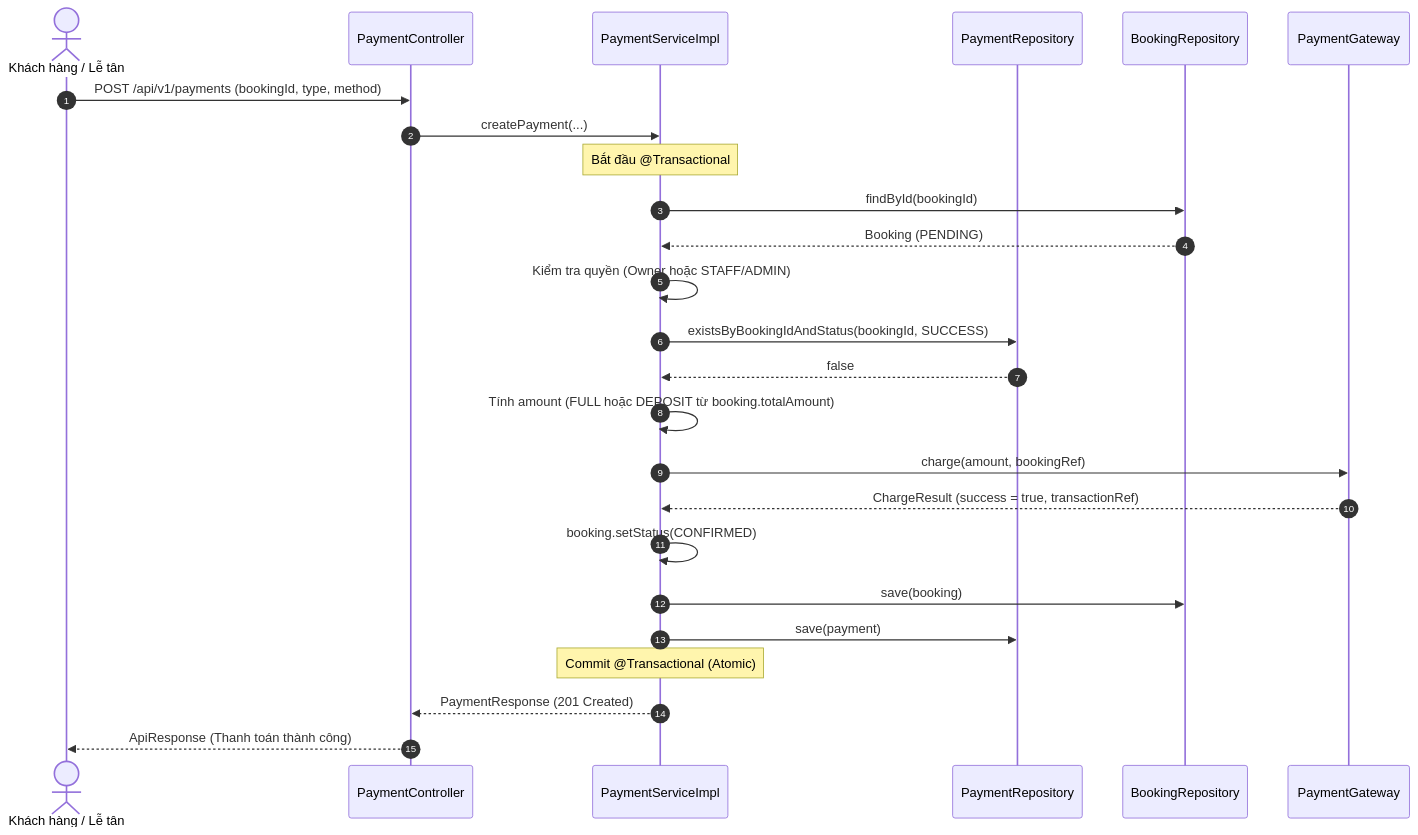
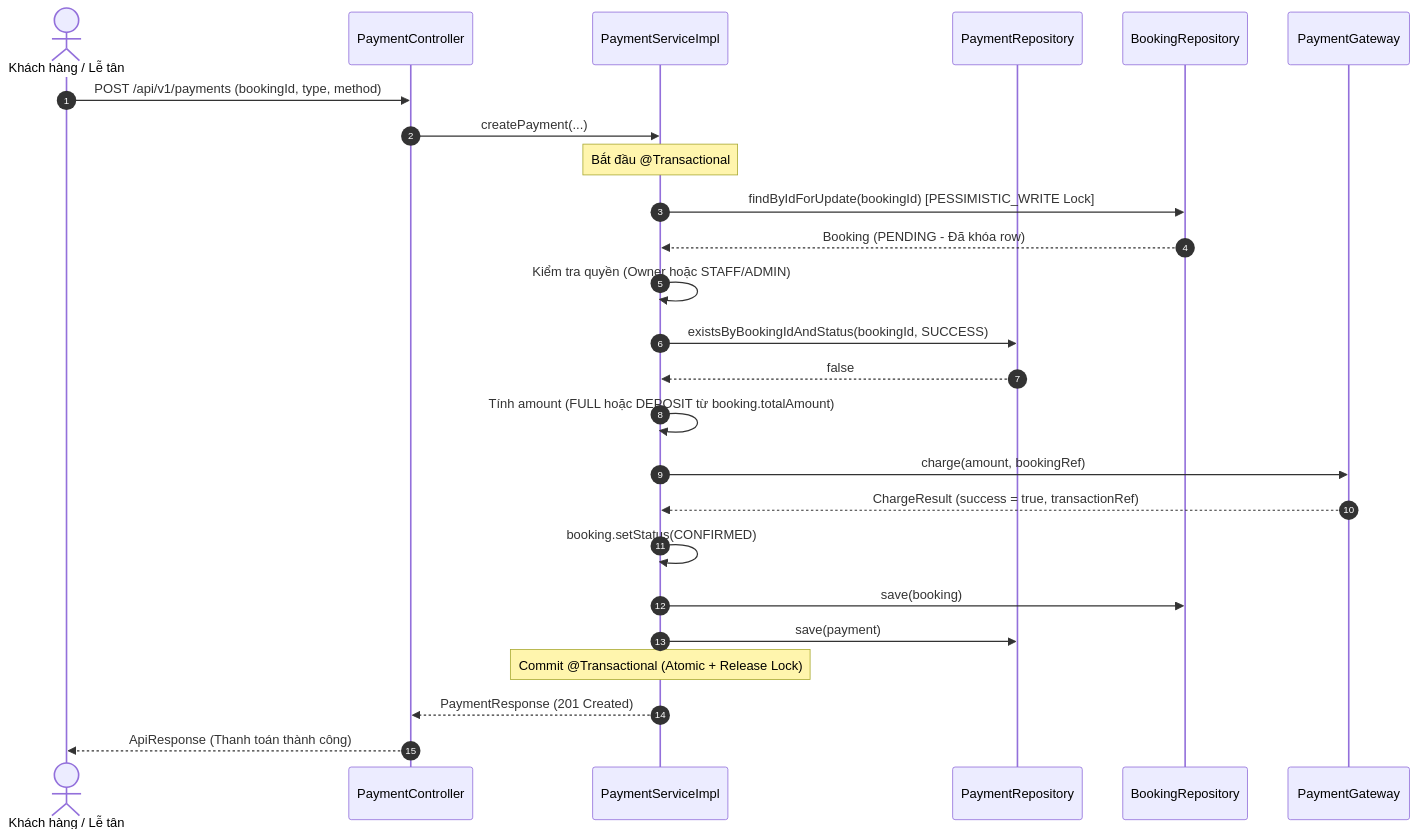
Before and after one commit to nguyenthinh2-VN/QuanLySanCauLong: the diagram in docs/architecture/modules/module-6-payments.md, drawn with Mermaid. The commit also changed other lines of this file and 7 other files, not shown here.

````diff
--- a/docs/architecture/modules/module-6-payments.md
+++ b/docs/architecture/modules/module-6-payments.md
@@ -75,28 +75,28 @@
 ```mermaid
 sequenceDiagram
     autonumber
     actor Client as Khách hàng / Lễ tân
     participant Ctrl as PaymentController
     participant Svc as PaymentServiceImpl
     participant Repo as PaymentRepository
     participant BRepo as BookingRepository
     participant GW as PaymentGateway
 
     Client->>Ctrl: POST /api/v1/payments (bookingId, type, method)
     Ctrl->>Svc: createPayment(...)
     Note over Svc: Bắt đầu @Transactional
-    Svc->>BRepo: findById(bookingId)
-    BRepo-->>Svc: Booking (PENDING)
+    Svc->>BRepo: findByIdForUpdate(bookingId) [PESSIMISTIC_WRITE Lock]
+    BRepo-->>Svc: Booking (PENDING - Đã khóa row)
     Svc->>Svc: Kiểm tra quyền (Owner hoặc STAFF/ADMIN)
     Svc->>Repo: existsByBookingIdAndStatus(bookingId, SUCCESS)
     Repo-->>Svc: false
     Svc->>Svc: Tính amount (FULL hoặc DEPOSIT từ booking.totalAmount)
     Svc->>GW: charge(amount, bookingRef)
     GW-->>Svc: ChargeResult (success = true, transactionRef)
     Svc->>Svc: booking.setStatus(CONFIRMED)
     Svc->>BRepo: save(booking)
     Svc->>Repo: save(payment)
-    Note over Svc: Commit @Transactional (Atomic)
+    Note over Svc: Commit @Transactional (Atomic + Release Lock)
     Svc-->>Ctrl: PaymentResponse (201 Created)
     Ctrl-->>Client: ApiResponse (Thanh toán thành công)
 ```
````
